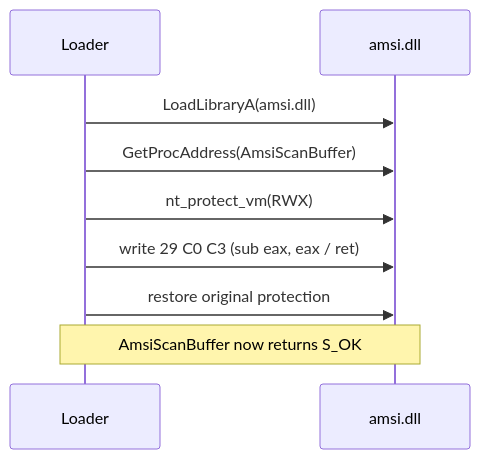
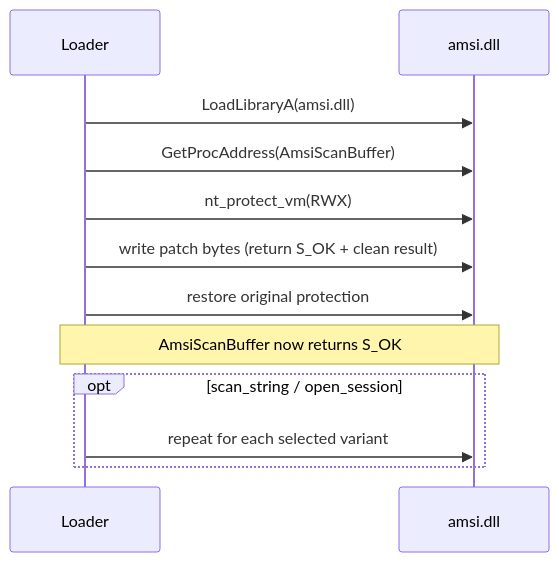
Before and after one commit to M3str3/Picaro: the diagram in src/techniques/patch_amsi/README.md, drawn with Mermaid. The commit also changed other lines of this file and 4 other files, not shown here.

````diff
--- a/src/techniques/patch_amsi/README.md
+++ b/src/techniques/patch_amsi/README.md
@@ -15,11 +34,14 @@
 ```mermaid
 sequenceDiagram
     participant L as Loader
     participant A as amsi.dll
     L->>A: LoadLibraryA(amsi.dll)
     L->>A: GetProcAddress(AmsiScanBuffer)
     L->>A: nt_protect_vm(RWX)
-    L->>A: write 29 C0 C3 (sub eax, eax / ret)
+    L->>A: write patch bytes (return S_OK + clean result)
     L->>A: restore original protection
     Note over L,A: AmsiScanBuffer now returns S_OK
+    opt scan_string / open_session
+        L->>A: repeat for each selected variant
+    end
 ```
````
